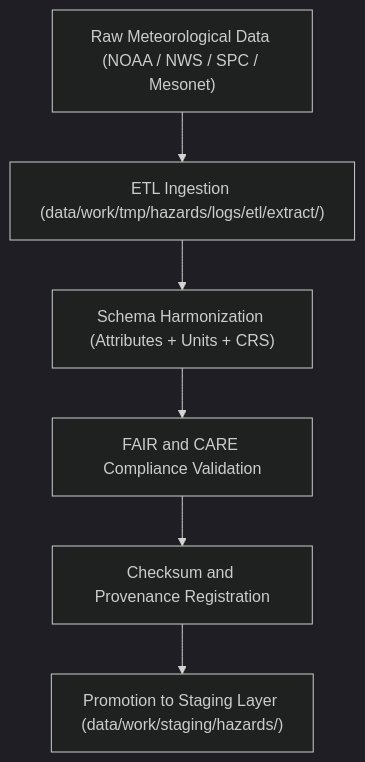
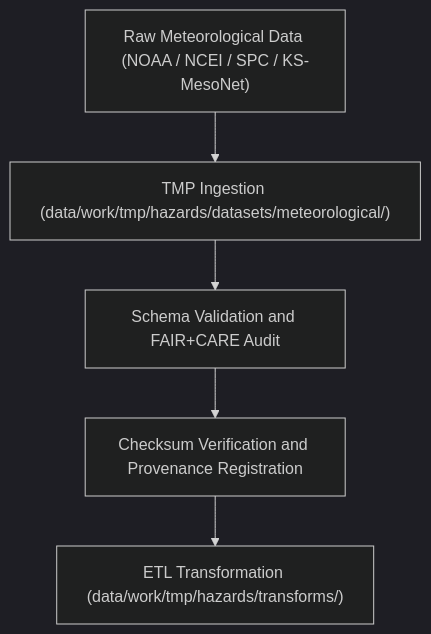
Before and after one commit to bartytime4life/Kansas-Frontier-Matrix: the diagram in data/work/tmp/hazards/datasets/meteorological/README.md, drawn with Mermaid (dark theme). The commit also changed other lines of this file, not shown here.

````diff
--- a/data/work/tmp/hazards/datasets/meteorological/README.md
+++ b/data/work/tmp/hazards/datasets/meteorological/README.md
@@ -71,8 +64,7 @@
 ```mermaid
 flowchart TD
-    A["Raw Meteorological Data (NOAA / NWS / SPC / Mesonet)"] --> B["ETL Ingestion (data/work/tmp/hazards/logs/etl/extract/)"]
-    B --> C["Schema Harmonization (Attributes + Units + CRS)"]
-    C --> D["FAIR and CARE Compliance Validation"]
-    D --> E["Checksum and Provenance Registration"]
-    E --> F["Promotion to Staging Layer (data/work/staging/hazards/)"]
+    A["Raw Meteorological Data (NOAA / NCEI / SPC / KS-MesoNet)"] --> B["TMP Ingestion (data/work/tmp/hazards/datasets/meteorological/)"]
+    B --> C["Schema Validation and FAIR+CARE Audit"]
+    C --> D["Checksum Verification and Provenance Registration"]
+    D --> E["ETL Transformation (data/work/tmp/hazards/transforms/)"]
 ```
````
